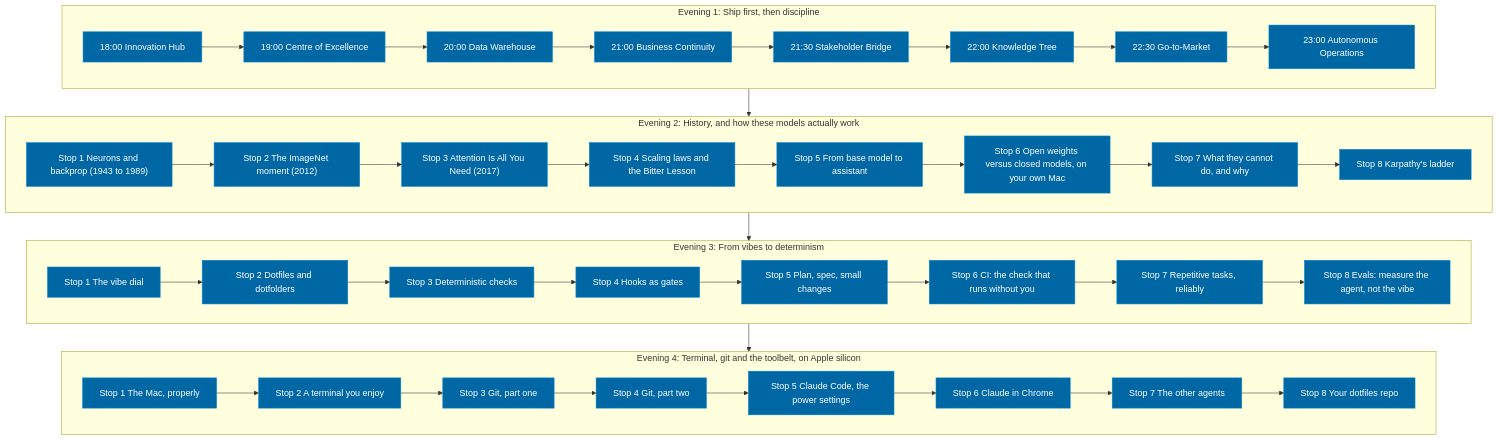
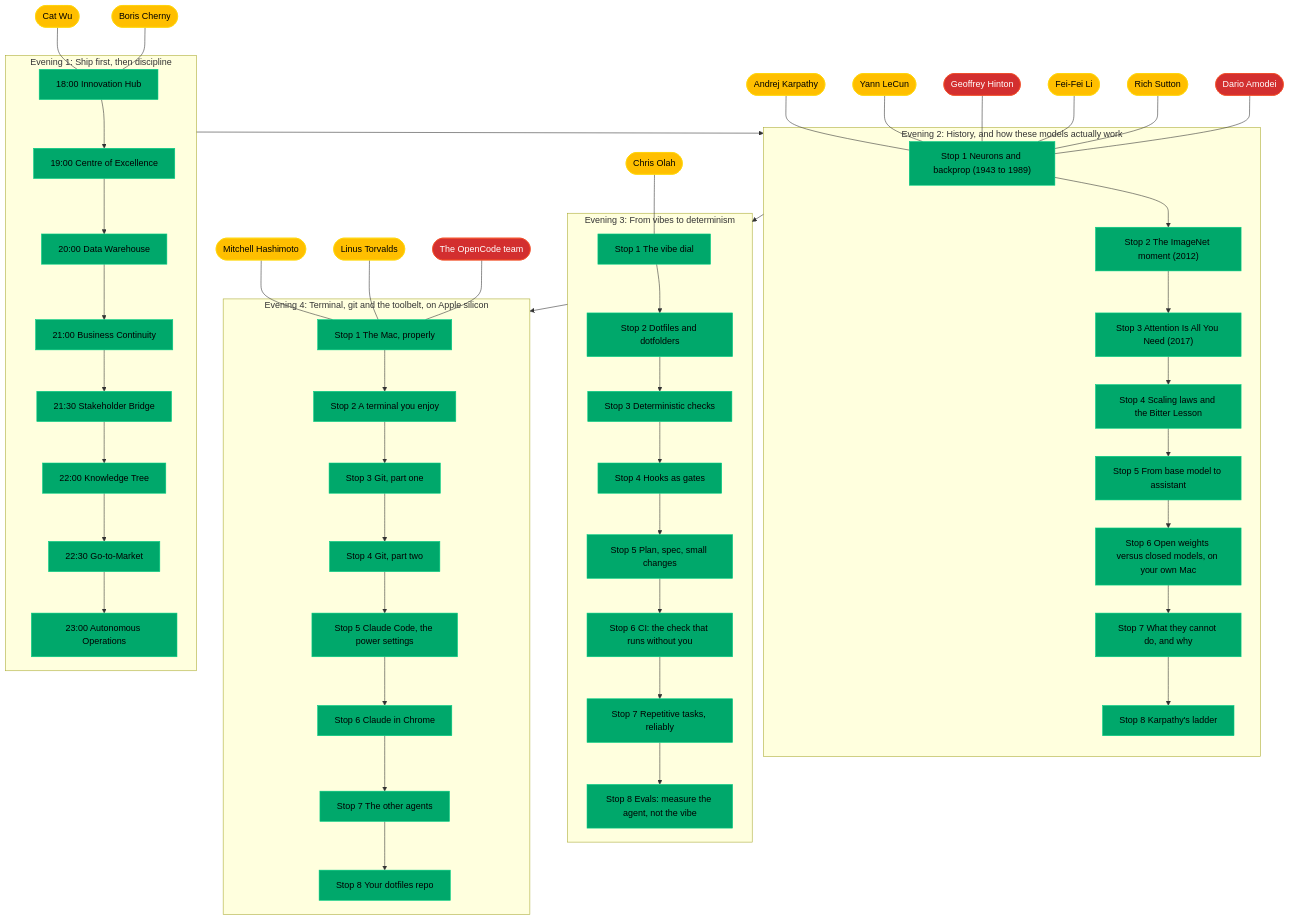
The first of 2 diagrams in vault/Grimoire/Map.md (tpetedb/vibe-map-played), drawn with Mermaid before and after one commit. The commit also changed other lines of this file and 9 other files, not shown here.

```diff
--- a/vault/Grimoire/Map.md
+++ b/vault/Grimoire/Map.md
@@ -56,10 +56,46 @@
   E0 --> E1
   E1 --> E2
   E2 --> E3
-  class c0,c1,c2,c3,c4,c5,c6,c7 todo
-  class w0,w1,w2,w3,w4,w5,w6,w7 todo
-  class d0,d1,d2,d3,d4,d5,d6,d7 todo
-  class p0,p1,p2,p3,p4,p5,p6,p7 todo
+  class c0,c1,c2,c3,c4,c5,c6,c7 done
+  class w0,w1,w2,w3,w4,w5,w6,w7 done
+  class d0,d1,d2,d3,d4,d5,d6,d7 done
+  class p0,p1,p2,p3,p4,p5,p6,p7 done
+  M_cherny(["Boris Cherny"])
+  M_cherny --- c0
+  class M_cherny deep
+  M_wu(["Cat Wu"])
+  M_wu --- c0
+  class M_wu deep
+  M_karpathy(["Andrej Karpathy"])
+  M_karpathy --- w0
+  class M_karpathy deep
+  M_lecun(["Yann LeCun"])
+  M_lecun --- w0
+  class M_lecun deep
+  M_hinton(["Geoffrey Hinton"])
+  M_hinton --- w0
+  class M_hinton skip
+  M_li(["Fei-Fei Li"])
+  M_li --- w0
+  class M_li deep
+  M_sutton(["Rich Sutton"])
+  M_sutton --- w0
+  class M_sutton deep
+  M_amodei(["Dario Amodei"])
+  M_amodei --- w0
+  class M_amodei skip
+  M_olah(["Chris Olah"])
+  M_olah --- d0
+  class M_olah deep
+  M_hashimoto(["Mitchell Hashimoto"])
+  M_hashimoto --- p0
+  class M_hashimoto deep
+  M_torvalds(["Linus Torvalds"])
+  M_torvalds --- p0
+  class M_torvalds deep
+  M_opencode(["The OpenCode team"])
+  M_opencode --- p0
+  class M_opencode skip
   classDef done fill:#00A86B,stroke:#00D084,color:#000000
   classDef todo fill:#0067A5,stroke:#0088CC,color:#FFFFFF
   classDef deep fill:#FFBF00,stroke:#FFD500,color:#000000
```
